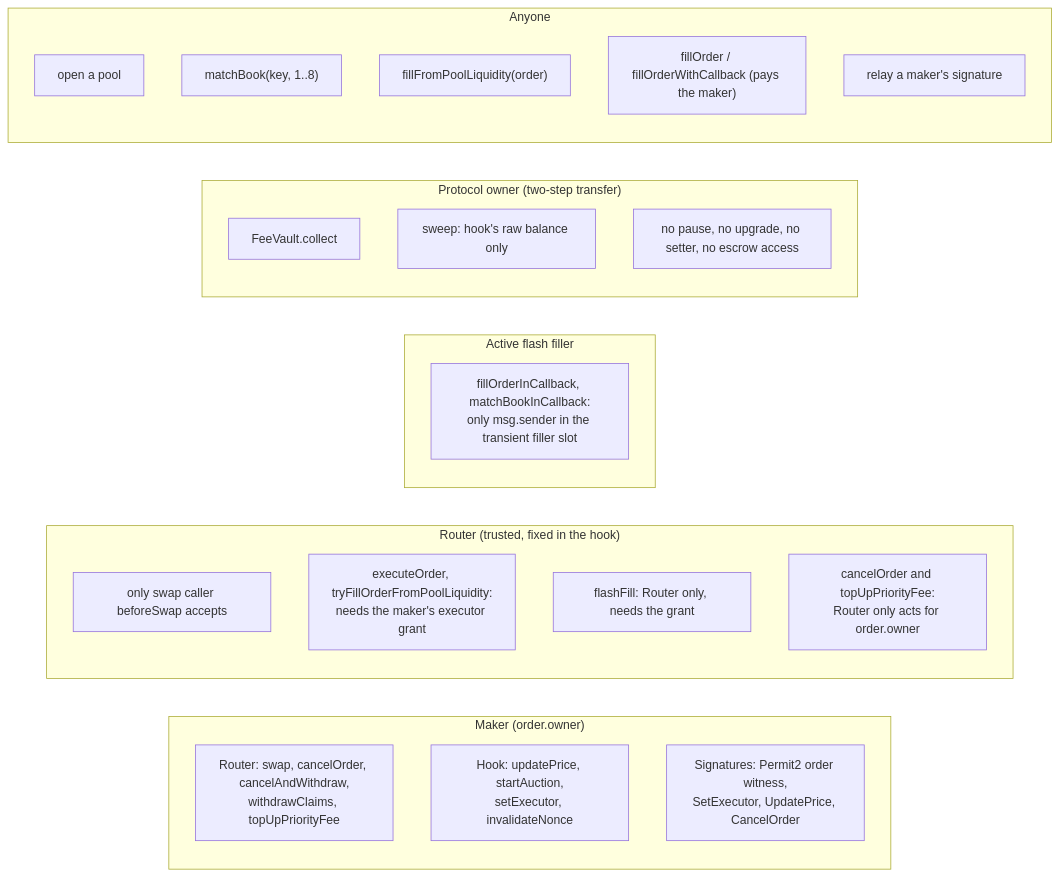
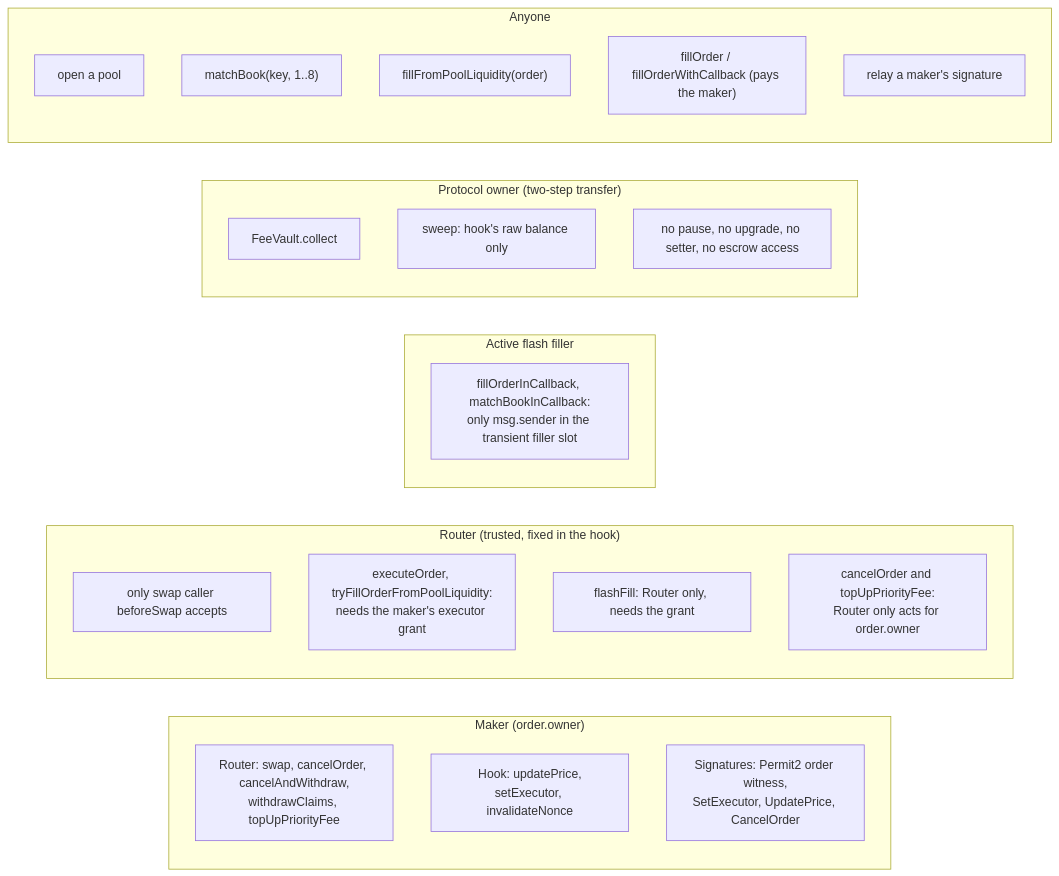
One commit to asyncswap/contracts changed the fourth of 6 diagrams in docs/protocol.md. Above: the diagram before and after it, drawn with Mermaid. The commit also changed other lines of this file and 29 other files, not shown here.

````diff
--- a/docs/protocol.md
+++ b/docs/protocol.md
@@ -186,29 +185,29 @@
 ```mermaid
 flowchart LR
     subgraph MakerRights["Maker (order.owner)"]
         m1["Router: swap, cancelOrder, cancelAndWithdraw,<br/>withdrawClaims, topUpPriorityFee"]
-        m2["Hook: updatePrice, startAuction,<br/>setExecutor, invalidateNonce"]
+        m2["Hook: updatePrice,<br/>setExecutor, invalidateNonce"]
         m3["Signatures: Permit2 order witness,<br/>SetExecutor, UpdatePrice, CancelOrder"]
     end
     subgraph RouterRights["Router (trusted, fixed in the hook)"]
         r1["only swap caller beforeSwap accepts"]
         r2["executeOrder, tryFillOrderFromPoolLiquidity:<br/>needs the maker's executor grant"]
         r3["flashFill: Router only, needs the grant"]
         r4["cancelOrder and topUpPriorityFee:<br/>Router only acts for order.owner"]
     end
     subgraph FlashRights["Active flash filler"]
         f1["fillOrderInCallback, matchBookInCallback:<br/>only msg.sender in the transient filler slot"]
     end
     subgraph OwnerRights["Protocol owner (two-step transfer)"]
         o1["FeeVault.collect"]
         o2["sweep: hook's raw balance only"]
         o3["no pause, no upgrade, no setter, no escrow access"]
     end
     subgraph Public["Anyone"]
         p1["open a pool"]
         p2["matchBook(key, 1..8)"]
         p3["fillFromPoolLiquidity(order)"]
         p4["fillOrder / fillOrderWithCallback (pays the maker)"]
         p5["relay a maker's signature"]
     end
 ```
````
